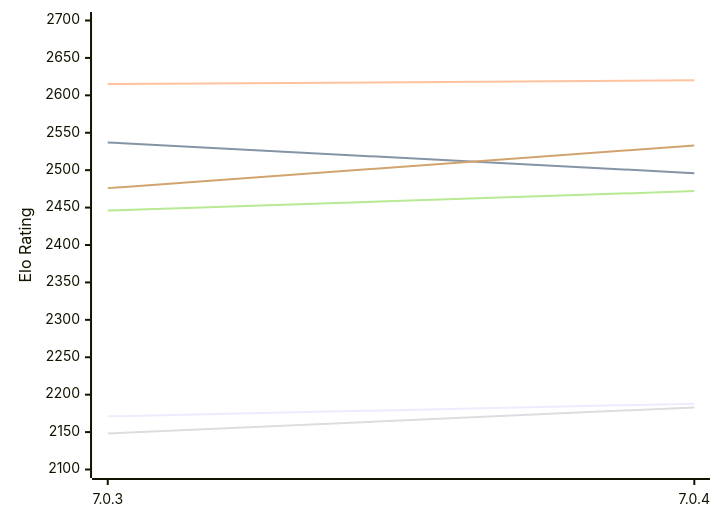
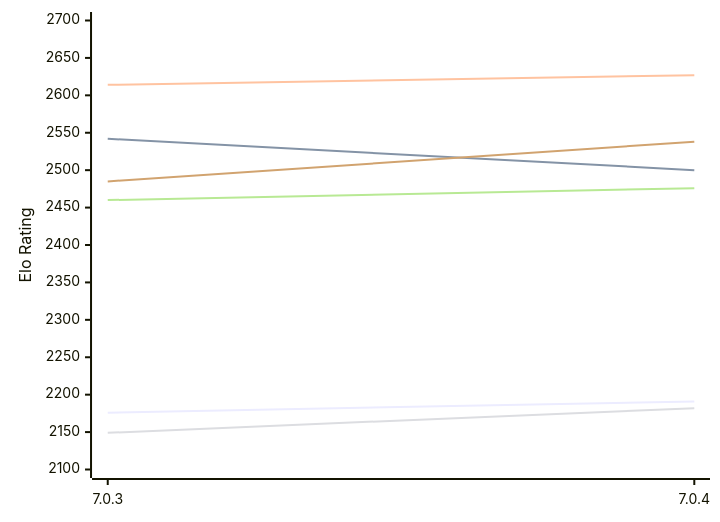
The diagram in engines/Buster.md (computer-chess-index/cci), drawn with Mermaid before and after one commit. The commit also changed other lines of this file, not shown here.

Commit message:
Update CCI Ratings (ELO VLTC) - 2026-11-16

````diff
--- a/engines/Buster.md
+++ b/engines/Buster.md
@@ -49,12 +49,12 @@
 ```mermaid
 %%{init: {"theme":"base","themeVariables":{"seriesColors:['#a3a3a3','#222221','#faa371']}}}%%
 xychart-beta
   x-axis ["7.0.3", "7.0.4"]
   y-axis "Elo Rating" 2100 --> 2700
-  line "E1: STC (8.0+0.08s)" [2171, 2188]
-  line "E1: LTC (60.0+0.60s)" [2537, 2496]
-  line "E1: VLTC (2m24s+1.12s)" [2615, 2620]
-  line "P1: STC (8.0+0.08s)" [2148, 2183]
-  line "P1: LTC (60.0+0.60s)" [2446, 2472]
-  line "P1: VLTC (2m24s+1.12s)" [2476, 2533]
+  line "E1: STC (8.0+0.08s)" [2176, 2191]
+  line "E1: LTC (60.0+0.60s)" [2542, 2500]
+  line "E1: VLTC (2m24s+1.12s)" [2614, 2627]
+  line "P1: STC (8.0+0.08s)" [2149, 2182]
+  line "P1: LTC (60.0+0.60s)" [2460, 2476]
+  line "P1: VLTC (2m24s+1.12s)" [2485, 2538]
 ```
````
